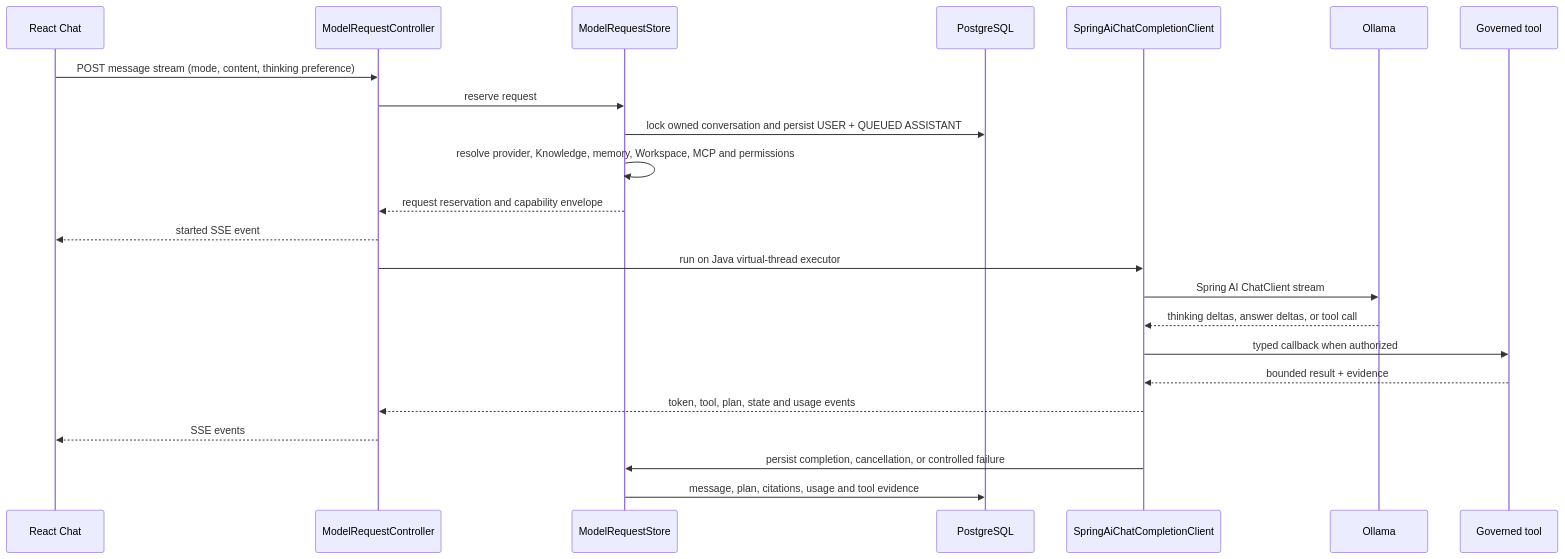
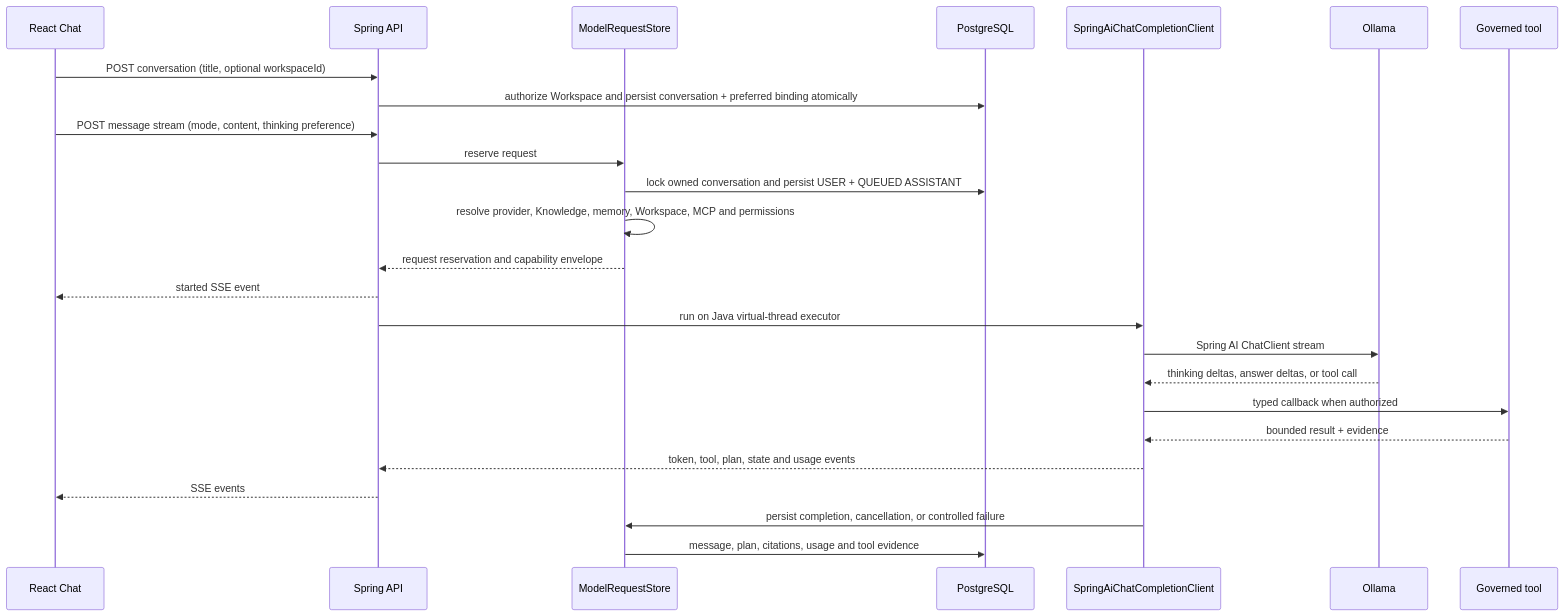
One commit to SamuckqaDev/nexo-ia changed the fourth of 7 diagrams in docs/ARCHITECTURE_OVERVIEW.md. Above: the diagram before and after it, drawn with Mermaid. The commit also changed 16 other files, not shown here.

Commit message:
fix(chat): bind workspace when conversation starts

````diff
--- a/docs/ARCHITECTURE_OVERVIEW.md
+++ b/docs/ARCHITECTURE_OVERVIEW.md
@@ -249,26 +249,28 @@
 ```mermaid
 sequenceDiagram
   participant UI as React Chat
-  participant API as ModelRequestController
+  participant API as Spring API
   participant Store as ModelRequestStore
   participant DB as PostgreSQL
   participant AI as SpringAiChatCompletionClient
   participant Model as Ollama
   participant Tool as Governed tool
 
+  UI->>API: POST conversation (title, optional workspaceId)
+  API->>DB: authorize Workspace and persist conversation + preferred binding atomically
   UI->>API: POST message stream (mode, content, thinking preference)
   API->>Store: reserve request
   Store->>DB: lock owned conversation and persist USER + QUEUED ASSISTANT
   Store->>Store: resolve provider, Knowledge, memory, Workspace, MCP and permissions
   Store-->>API: request reservation and capability envelope
   API-->>UI: started SSE event
   API->>AI: run on Java virtual-thread executor
   AI->>Model: Spring AI ChatClient stream
   Model-->>AI: thinking deltas, answer deltas, or tool call
   AI->>Tool: typed callback when authorized
   Tool-->>AI: bounded result + evidence
   AI-->>API: token, tool, plan, state and usage events
   API-->>UI: SSE events
   AI->>Store: persist completion, cancellation, or controlled failure
   Store->>DB: message, plan, citations, usage and tool evidence
 ```
````
